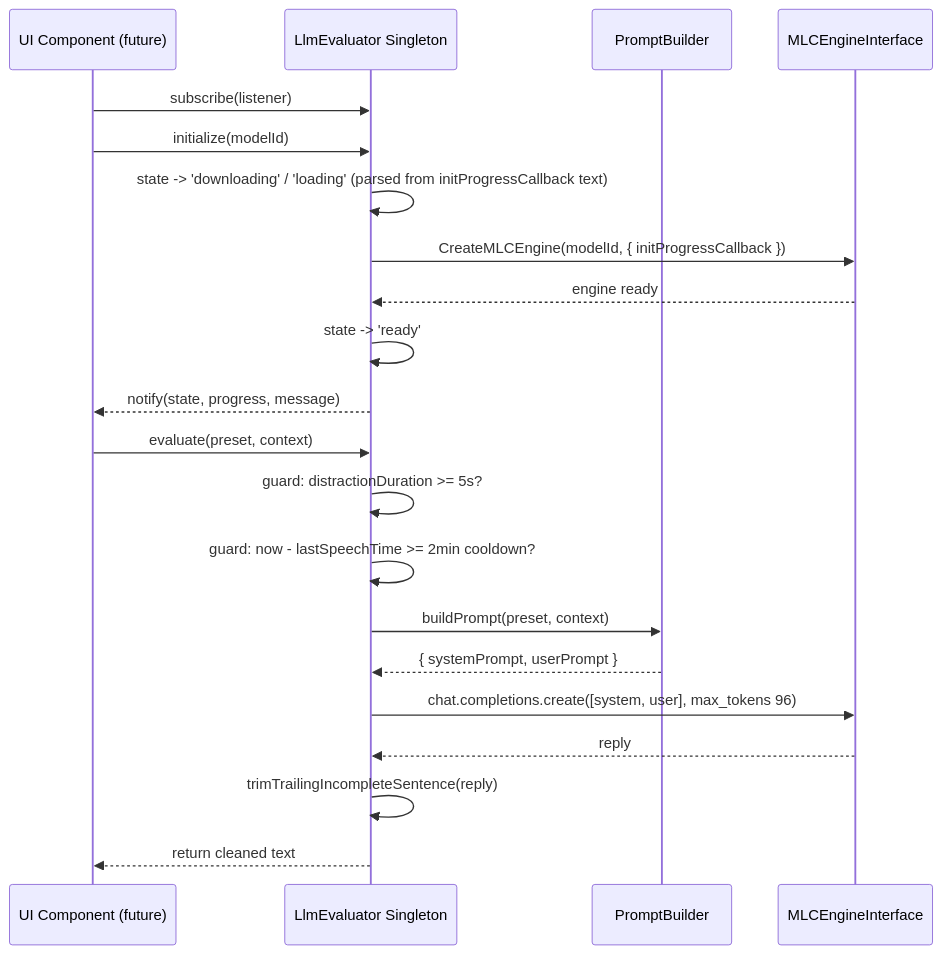
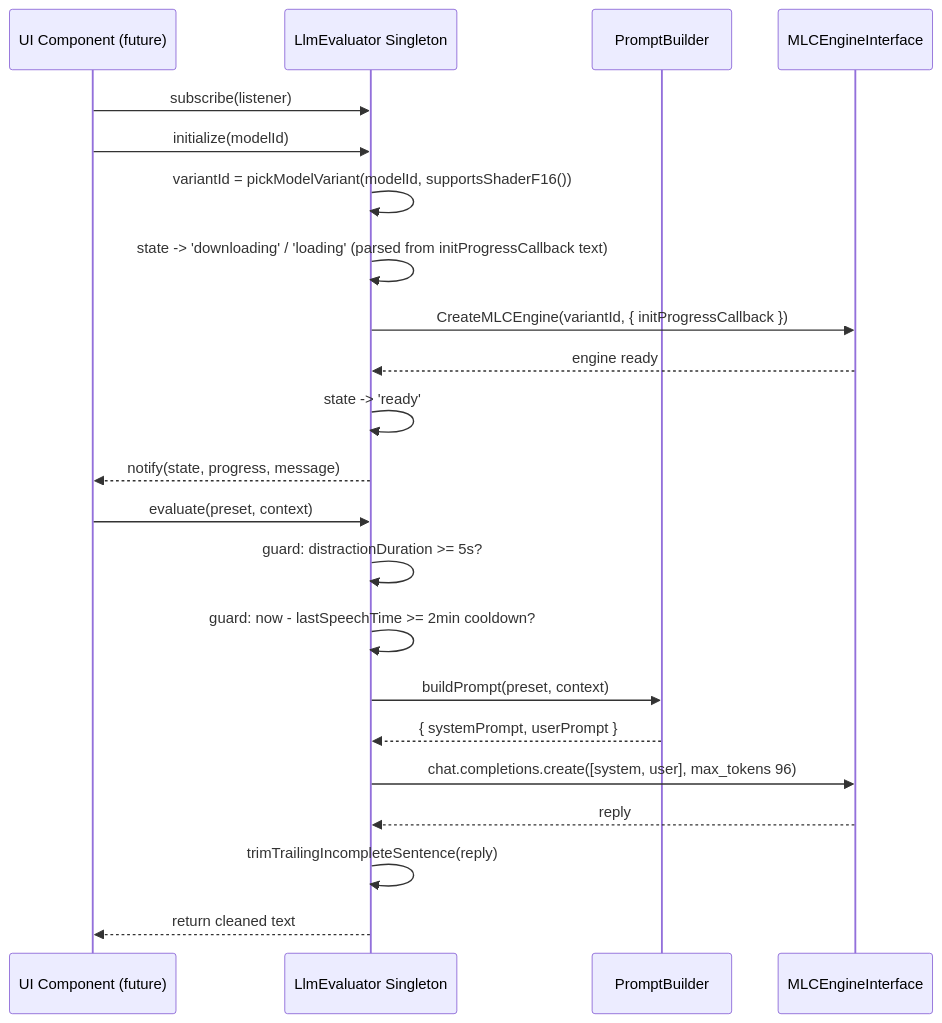
One commit to Masterslayer7/FocusSentinel changed the second of 2 diagrams in src/renderer/services/llm/CONTEXT.md. Above: the diagram before and after it, drawn with Mermaid. The commit also changed other lines of this file and 6 other files, not shown here.

````diff
--- a/src/renderer/services/llm/CONTEXT.md
+++ b/src/renderer/services/llm/CONTEXT.md
@@ -39,25 +42,26 @@
 ```mermaid
 sequenceDiagram
     participant UI as UI Component (future)
     participant LE as LlmEvaluator Singleton
     participant PB as PromptBuilder
     participant MLC as MLCEngineInterface
 
     UI->>LE: subscribe(listener)
     UI->>LE: initialize(modelId)
+    LE->>LE: variantId = pickModelVariant(modelId, supportsShaderF16())
     LE->>LE: state -> 'downloading' / 'loading' (parsed from initProgressCallback text)
-    LE->>MLC: CreateMLCEngine(modelId, { initProgressCallback })
+    LE->>MLC: CreateMLCEngine(variantId, { initProgressCallback })
     MLC-->>LE: engine ready
     LE->>LE: state -> 'ready'
     LE-->>UI: notify(state, progress, message)
 
     UI->>LE: evaluate(preset, context)
     LE->>LE: guard: distractionDuration >= 5s?
     LE->>LE: guard: now - lastSpeechTime >= 2min cooldown?
     LE->>PB: buildPrompt(preset, context)
     PB-->>LE: { systemPrompt, userPrompt }
     LE->>MLC: chat.completions.create([system, user], max_tokens 96)
     MLC-->>LE: reply
     LE->>LE: trimTrailingIncompleteSentence(reply)
     LE-->>UI: return cleaned text
 ```
````
